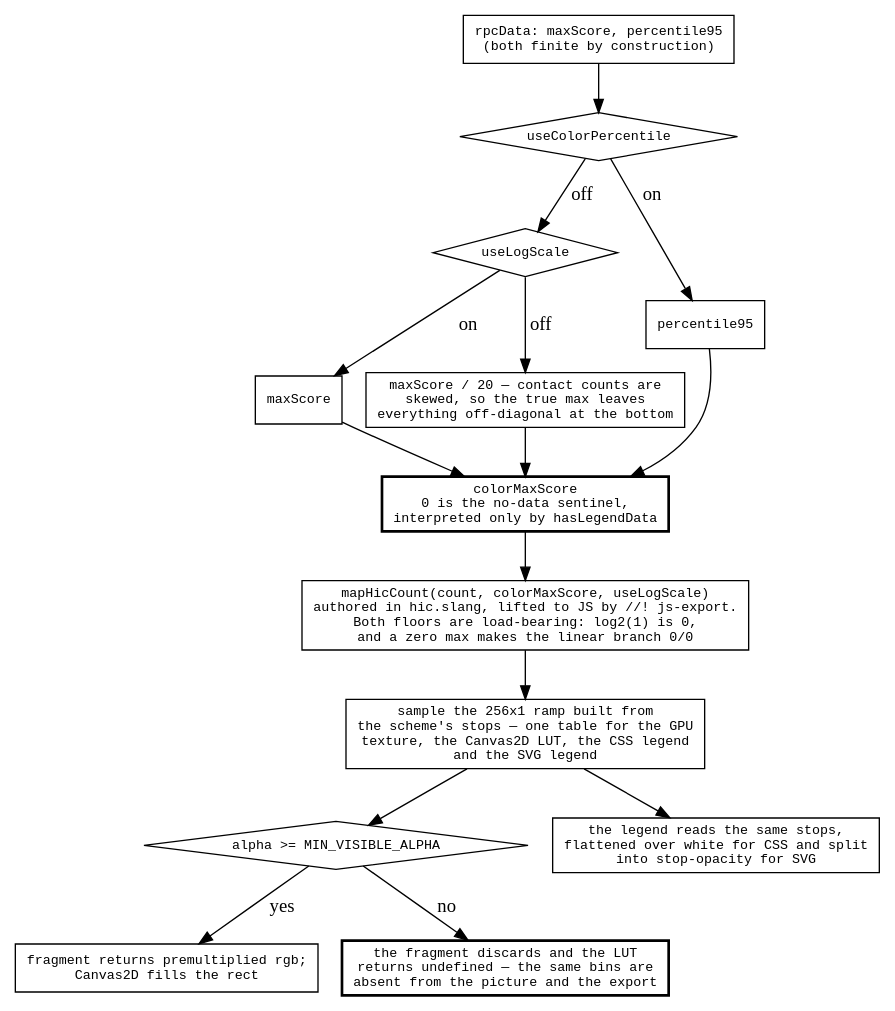
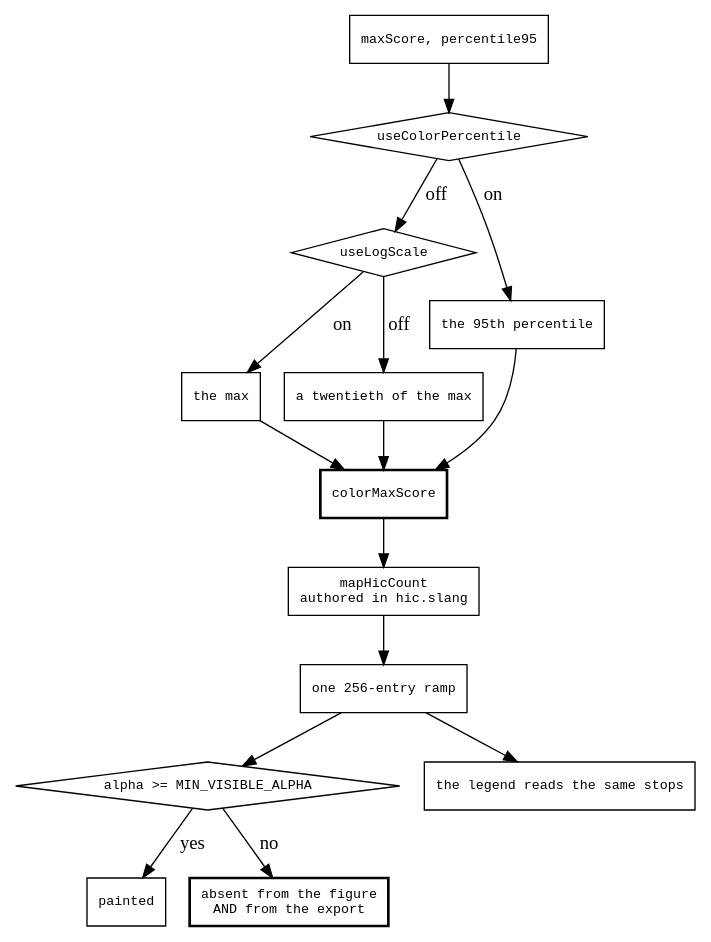
Before and after one commit to GMOD/jbrowse-components: the diagram in agent-docs/mechanisms/diagrams/hic-colour.dot, drawn with Graphviz. The commit also changed 16 other files, not shown here.

```diff
--- a/agent-docs/mechanisms/diagrams/hic-colour.dot
+++ b/agent-docs/mechanisms/diagrams/hic-colour.dot
@@ -1,36 +1,35 @@
 digraph hic_colour {
   rankdir=TB
   node [shape=box fontname=monospace fontsize=10]
   { node [shape=diamond] pct; ls; visible }
 
-  data [label="rpcData: maxScore, percentile95\n(both finite by construction)"]
+  data [label="maxScore, percentile95"]
   pct [label="useColorPercentile"]
   data -> pct
   pct -> p95 [label=" on"]
   pct -> ls  [label=" off"]
-  p95 [label="percentile95"]
+  p95 [label="the 95th percentile"]
   ls [label="useLogScale"]
-  ls -> max    [label=" on"]
+  ls -> max       [label=" on"]
   ls -> twentieth [label=" off"]
-  max [label="maxScore"]
-  twentieth [label="maxScore / 20 — contact counts are\nskewed, so the true max leaves\neverything off-diagonal at the bottom"]
+  max [label="the max"]
+  twentieth [label="a twentieth of the max"]
 
-  sat [label="colorMaxScore\n0 is the no-data sentinel,\ninterpreted only by hasLegendData", style=bold]
+  sat [label="colorMaxScore", style=bold]
   p95 -> sat  max -> sat  twentieth -> sat
 
-  map [label="mapHicCount(count, colorMaxScore, useLogScale)\nauthored in hic.slang, lifted to JS by //! js-export.\nBoth floors are load-bearing: log2(1) is 0,\nand a zero max makes the linear branch 0/0"]
+  map [label="mapHicCount\nauthored in hic.slang"]
   sat -> map
-
-  ramp [label="sample the 256x1 ramp built from\nthe scheme's stops — one table for the GPU\ntexture, the Canvas2D LUT, the CSS legend\nand the SVG legend"]
+  ramp [label="one 256-entry ramp"]
   map -> ramp
 
   visible [label="alpha >= MIN_VISIBLE_ALPHA"]
   ramp -> visible
   visible -> paint [label=" yes"]
   visible -> skip  [label=" no"]
-  paint [label="fragment returns premultiplied rgb;\nCanvas2D fills the rect"]
-  skip [label="the fragment discards and the LUT\nreturns undefined — the same bins are\nabsent from the picture and the export", style=bold]
+  paint [label="painted"]
+  skip [label="absent from the figure\nAND from the export", style=bold]
 
-  legend [label="the legend reads the same stops,\nflattened over white for CSS and split\ninto stop-opacity for SVG"]
+  legend [label="the legend reads the same stops"]
   ramp -> legend
 }
```
